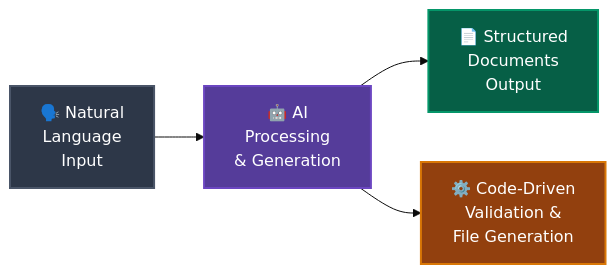
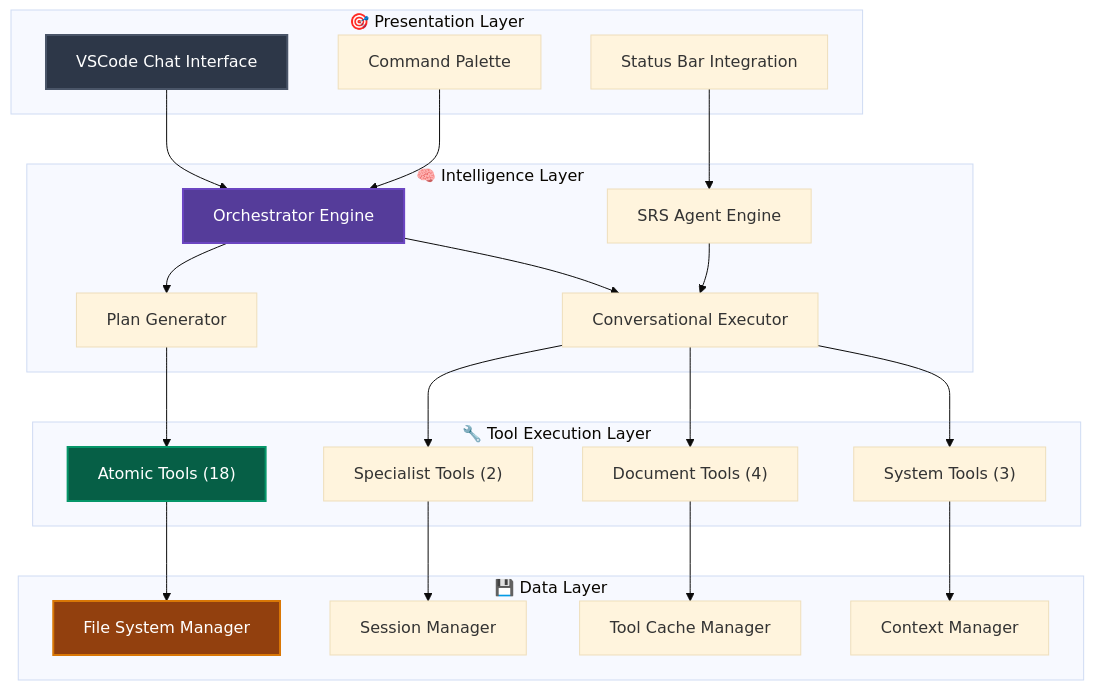
One commit to TestAny-io/srs-writer-plugin changed the diagram in README.md. Above: the diagram before and after it, drawn with Mermaid (base theme). The commit also changed other lines of this file and 34 other files, not shown here.

````diff
--- a/README.md
+++ b/README.md
@@ -138,11 +109,52 @@
 ```mermaid
-flowchart LR
-    A["🗣️ Natural<br/>Language<br/>Input"] --> B["🤖 AI<br/>Processing<br/>& Generation"]
-    B --> C["📄 Structured<br/>Documents<br/>Output"]
-    B --> D["⚙️ Code-Driven<br/>Validation &<br/>File Generation"]
+flowchart TB
+    subgraph "🎯 Presentation Layer"
+        UI["VSCode Chat Interface"]
+        CMD["Command Palette"]
+        STATUS["Status Bar Integration"]
+    end
     
-    style A fill:#2d3748,stroke:#4a5568,stroke-width:2px,color:#ffffff
-    style B fill:#553c9a,stroke:#6b46c1,stroke-width:2px,color:#ffffff
-    style C fill:#065f46,stroke:#059669,stroke-width:2px,color:#ffffff
-    style D fill:#92400e,stroke:#d97706,stroke-width:2px,color:#ffffff
+    subgraph "🧠 Intelligence Layer"
+        ORCH["Orchestrator Engine"]
+        AGENT["SRS Agent Engine"] 
+        PLAN["Plan Generator"]
+        EXEC["Conversational Executor"]
+    end
+    
+    subgraph "🔧 Tool Execution Layer"
+        ATOM["Atomic Tools (18)"]
+        SPEC["Specialist Tools (2)"]
+        DOC["Document Tools (4)"]
+        SYS["System Tools (3)"]
+    end
+    
+    subgraph "💾 Data Layer"
+        FS["File System Manager"]
+        SESS["Session Manager"]
+        CACHE["Tool Cache Manager"]
+        CONTEXT["Context Manager"]
+    end
+    
+    UI --> ORCH
+    CMD --> ORCH
+    STATUS --> AGENT
+    
+    ORCH --> PLAN
+    ORCH --> EXEC
+    AGENT --> EXEC
+    
+    PLAN --> ATOM
+    EXEC --> SPEC
+    EXEC --> DOC
+    EXEC --> SYS
+    
+    ATOM --> FS
+    SPEC --> SESS
+    DOC --> CACHE
+    SYS --> CONTEXT
+    
+    style UI fill:#2d3748,stroke:#4a5568,stroke-width:2px,color:#ffffff
+    style ORCH fill:#553c9a,stroke:#6b46c1,stroke-width:2px,color:#ffffff
+    style ATOM fill:#065f46,stroke:#059669,stroke-width:2px,color:#ffffff
+    style FS fill:#92400e,stroke:#d97706,stroke-width:2px,color:#ffffff
 ```
````
